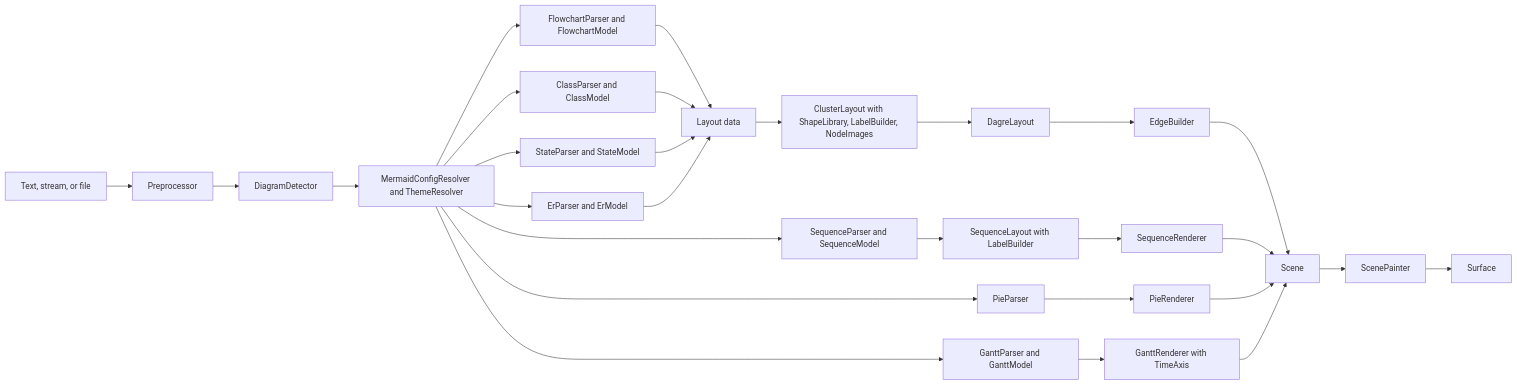
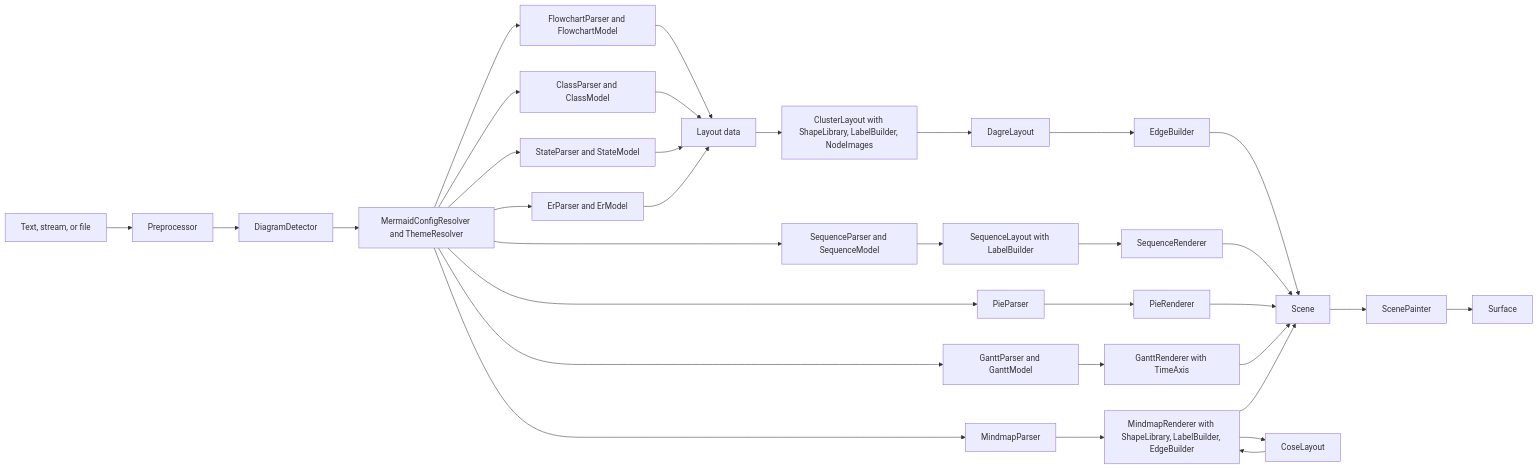
One commit to demaconsulting/CanvasNet changed the diagram in docs/design/canvas-net-mermaid.md. Above: the diagram before and after it, drawn with Mermaid. The commit also changed other lines of this file and 207 other files, not shown here.

First line of the commit message:
Mermaid Phase 3b: native mindmaps (cose-bilkent port) and retire mermaid-filter (#132)

````diff
--- a/docs/design/canvas-net-mermaid.md
+++ b/docs/design/canvas-net-mermaid.md
@@ -227,30 +248,35 @@
 ```mermaid
 flowchart LR
     T[Text, stream, or file] --> P[Preprocessor]
     P --> D[DiagramDetector]
     D --> C[MermaidConfigResolver and ThemeResolver]
     C --> F[FlowchartParser and FlowchartModel]
     F --> L[Layout data]
     L --> R[ClusterLayout with ShapeLibrary, LabelBuilder, NodeImages]
     R --> G[DagreLayout]
     G --> E[EdgeBuilder]
     E --> S[Scene]
     C --> Q[SequenceParser and SequenceModel]
     Q --> Y[SequenceLayout with LabelBuilder]
     Y --> W[SequenceRenderer]
     W --> S
     C --> K[ClassParser and ClassModel]
     K --> L
     C --> N[StateParser and StateModel]
     N --> L
     C --> M[ErParser and ErModel]
     M --> L
     C --> PP[PieParser]
     PP --> PR[PieRenderer]
     PR --> S
     C --> GP[GanttParser and GanttModel]
     GP --> GR[GanttRenderer with TimeAxis]
     GR --> S
+    C --> MP[MindmapParser]
+    MP --> MR[MindmapRenderer with ShapeLibrary, LabelBuilder, EdgeBuilder]
+    MR --> CL[CoseLayout]
+    CL --> MR
+    MR --> S
     S --> X[ScenePainter]
     X --> O[Surface]
 ```
````
